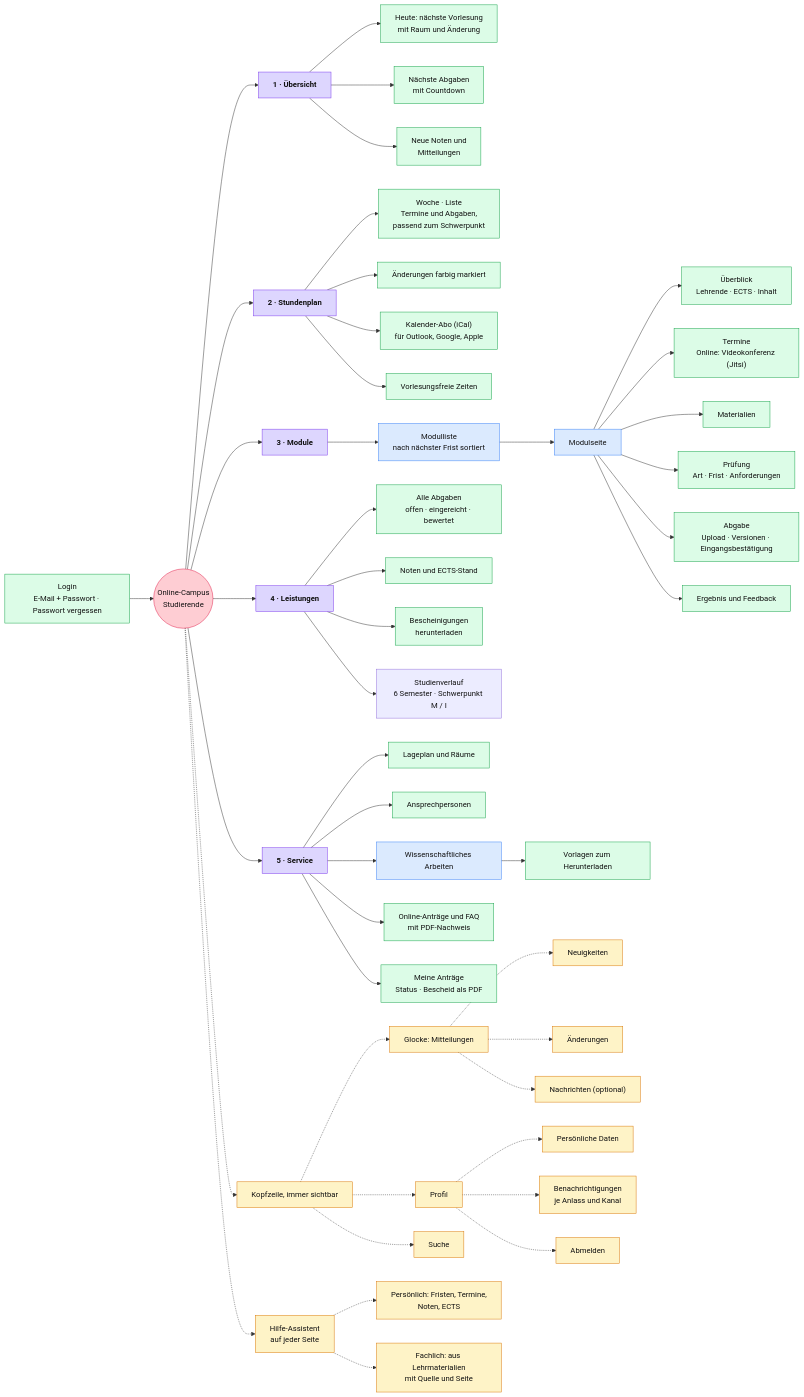
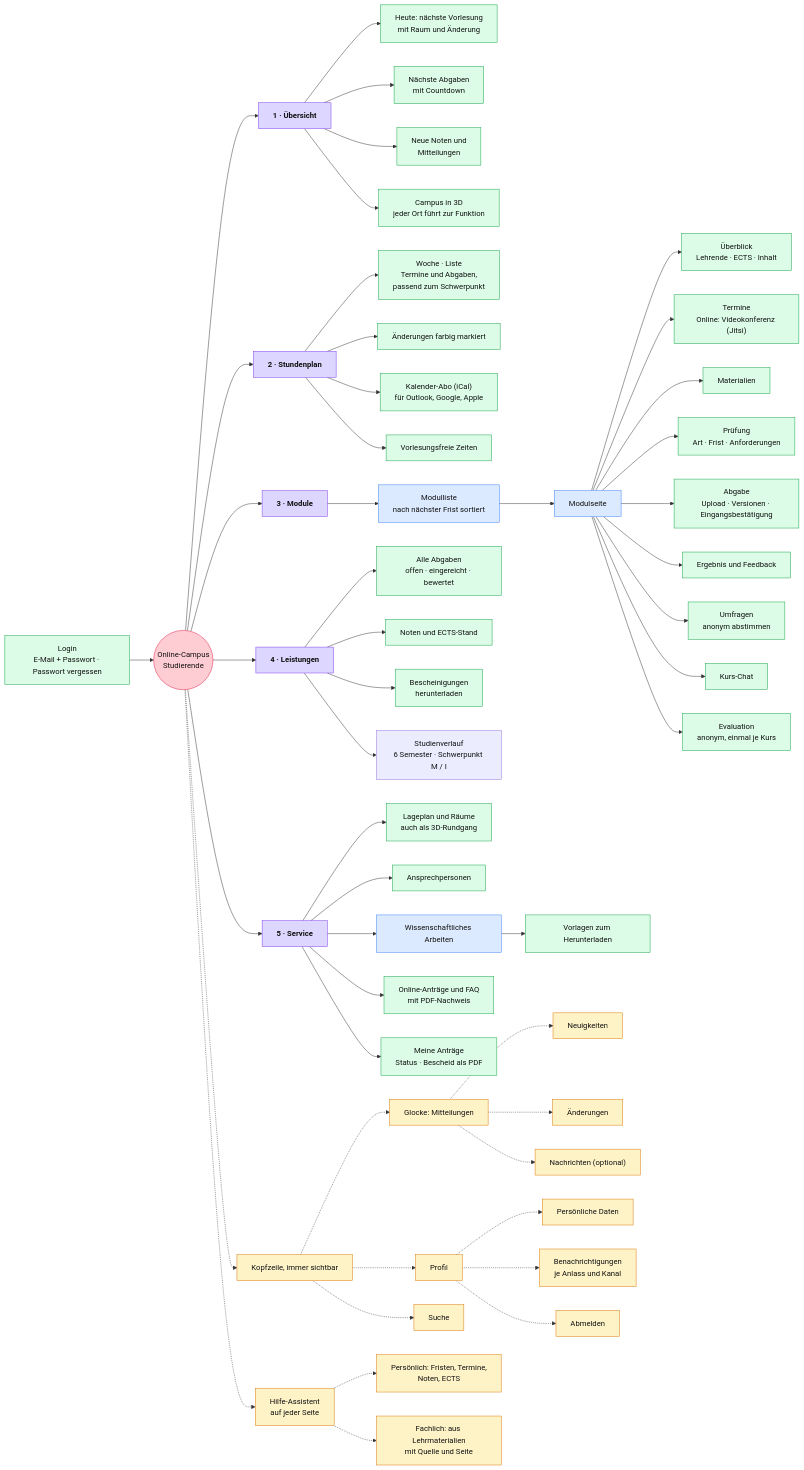
The diagram in sitemap-studierende.mmd (thimostender/Online-Campus), drawn with Mermaid before and after one commit. The commit also changed 9 other files, not shown here.

Commit message:
Unterlagen auf Prototyp-Stand: Datenmodell Teil 5 (Evaluation, Umfragen, Kurs-Chat, Anwesenheit), Sitemaps mit neuen Seiten und Campus in 3D, Handout-Regeln zur Anonymitaet; PDFs neu gebaut

```diff
--- a/sitemap-studierende.mmd
+++ b/sitemap-studierende.mmd
@@ -1,63 +1,67 @@
 flowchart LR
   C(("Online-Campus<br/>Studierende"))
   LOGIN["Login<br/>E-Mail + Passwort · Passwort vergessen"] --> C
 
   C --> U["1 · Übersicht"]
   U --> U1["Heute: nächste Vorlesung<br/>mit Raum und Änderung"]
   U --> U2["Nächste Abgaben<br/>mit Countdown"]
   U --> U3["Neue Noten und<br/>Mitteilungen"]
+  U --> U4["Campus in 3D<br/>jeder Ort führt zur Funktion"]
 
   C --> SP["2 · Stundenplan"]
   SP --> SP1["Woche · Liste<br/>Termine und Abgaben,<br/>passend zum Schwerpunkt"]
   SP --> SP2["Änderungen farbig markiert"]
   SP --> SP3["Kalender-Abo (iCal)<br/>für Outlook, Google, Apple"]
   SP --> SP4["Vorlesungsfreie Zeiten"]
 
   C --> M["3 · Module"]
   M --> M1["Modulliste<br/>nach nächster Frist sortiert"]
   M1 --> MS["Modulseite"]
   MS --> MS1["Überblick<br/>Lehrende · ECTS · Inhalt"]
   MS --> MS2["Termine<br/>Online: Videokonferenz (Jitsi)"]
   MS --> MS3["Materialien"]
   MS --> MS4["Prüfung<br/>Art · Frist · Anforderungen"]
   MS --> MS5["Abgabe<br/>Upload · Versionen · Eingangsbestätigung"]
   MS --> MS6["Ergebnis und Feedback"]
+  MS --> MS7["Umfragen<br/>anonym abstimmen"]
+  MS --> MS8["Kurs-Chat"]
+  MS --> MS9["Evaluation<br/>anonym, einmal je Kurs"]
 
   C --> LE["4 · Leistungen"]
   LE --> LE1["Alle Abgaben<br/>offen · eingereicht · bewertet"]
   LE --> LE2["Noten und ECTS-Stand"]
   LE --> LE3["Bescheinigungen<br/>herunterladen"]
   LE --> LE4["Studienverlauf<br/>6 Semester · Schwerpunkt M / I"]
 
   C --> SV["5 · Service"]
-  SV --> SV1["Lageplan und Räume"]
+  SV --> SV1["Lageplan und Räume<br/>auch als 3D-Rundgang"]
   SV --> SV2["Ansprechpersonen"]
   SV --> SV3["Wissenschaftliches Arbeiten"]
   SV3 --> SV3a["Vorlagen zum Herunterladen"]
   SV --> SV4["Online-Anträge und FAQ<br/>mit PDF-Nachweis"]
   SV --> SV5["Meine Anträge<br/>Status · Bescheid als PDF"]
 
   C -.-> K["Kopfzeile, immer sichtbar"]
   K -.-> MI["Glocke: Mitteilungen"]
   MI -.-> MI1["Neuigkeiten"]
   MI -.-> MI2["Änderungen"]
   MI -.-> MI3["Nachrichten (optional)"]
   K -.-> PR["Profil"]
   PR -.-> PR1["Persönliche Daten"]
   PR -.-> PR2["Benachrichtigungen<br/>je Anlass und Kanal"]
   PR -.-> PR3["Abmelden"]
   K -.-> HI["Suche"]
   C -.-> AS["Hilfe-Assistent<br/>auf jeder Seite"]
   AS -.-> AS1["Persönlich: Fristen, Termine,<br/>Noten, ECTS"]
   AS -.-> AS2["Fachlich: aus Lehrmaterialien<br/>mit Quelle und Seite"]
 
   classDef root fill:#fecdd3,stroke:#e11d48,color:#111
   classDef main fill:#ddd6fe,stroke:#7c3aed,color:#111,font-weight:bold
   classDef sub fill:#dbeafe,stroke:#3b82f6,color:#111
   classDef fn fill:#dcfce7,stroke:#16a34a,color:#111
   classDef head fill:#fef3c7,stroke:#d97706,color:#111
   class C root
   class U,SP,M,LE,SV main
   class MS,M1,SV3 sub
-  class U1,U2,U3,SP1,SP2,SP3,SP4,MS1,MS2,MS3,MS4,MS5,MS6,LE1,LE2,LE3,SV1,SV2,SV3a,SV4,SV5,LOGIN fn
+  class U1,U2,U3,U4,SP1,SP2,SP3,SP4,MS1,MS2,MS3,MS4,MS5,MS6,MS7,MS8,MS9,LE1,LE2,LE3,SV1,SV2,SV3a,SV4,SV5,LOGIN fn
   class K,MI,MI1,MI2,MI3,PR,PR1,PR2,PR3,HI,AS,AS1,AS2 head
```
